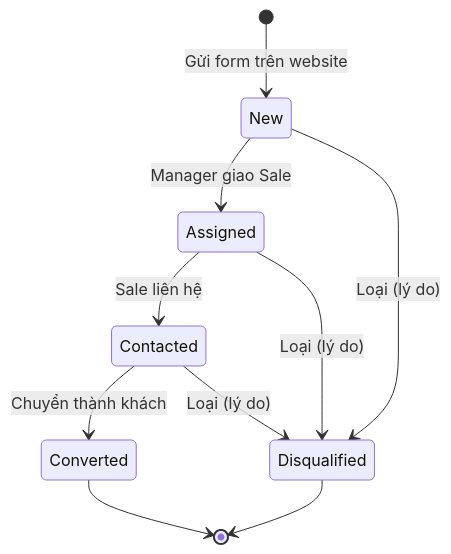
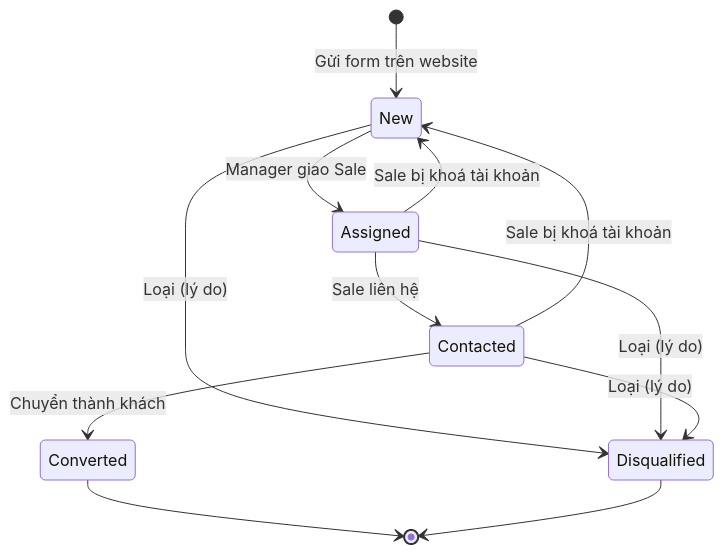
The third of 4 diagrams in docs/ecommerce/18-customer-information/README.md (KLTN-FA26/docs), drawn with Mermaid before and after one commit. The commit also changed other lines of this file and 4 other files, not shown here.

Commit message:
docs(00,14,16,18,open-questions): chốt D41-D44, F9 — cờ Thiếu MST, quyền Manager không đổi, bốn đường thành người phụ trách, lead về hàng chờ khi khoá Sale, lịch thay không chuyển hội thoại mở

````diff
--- a/docs/ecommerce/18-customer-information/README.md
+++ b/docs/ecommerce/18-customer-information/README.md
@@ -281,12 +284,14 @@
 ```mermaid
 stateDiagram-v2
     [*] --> New: Gửi form trên website
     New --> Assigned: Manager giao Sale
     Assigned --> Contacted: Sale liên hệ
+    Assigned --> New: Sale bị khoá tài khoản
+    Contacted --> New: Sale bị khoá tài khoản
     Contacted --> Converted: Chuyển thành khách
     New --> Disqualified: Loại (lý do)
     Assigned --> Disqualified: Loại (lý do)
     Contacted --> Disqualified: Loại (lý do)
     Converted --> [*]
     Disqualified --> [*]
 ```
````
